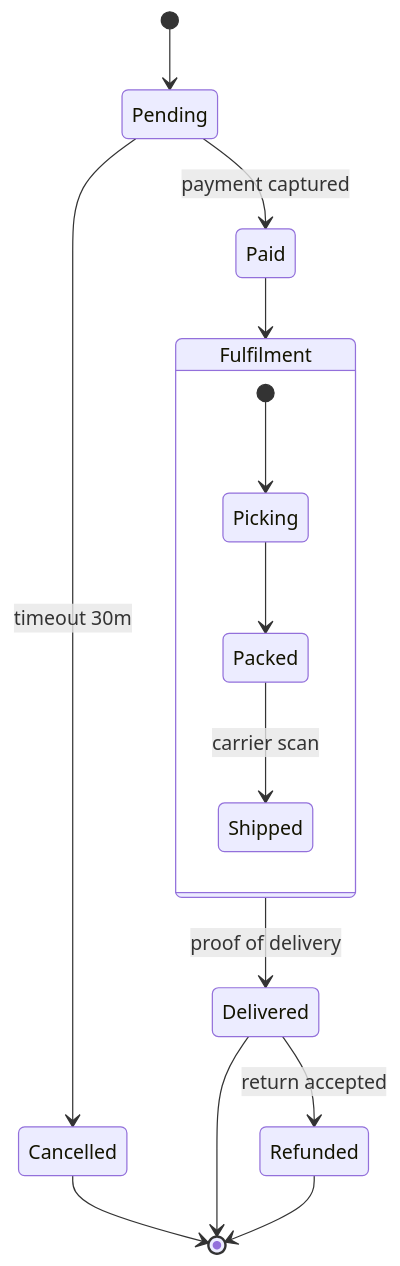
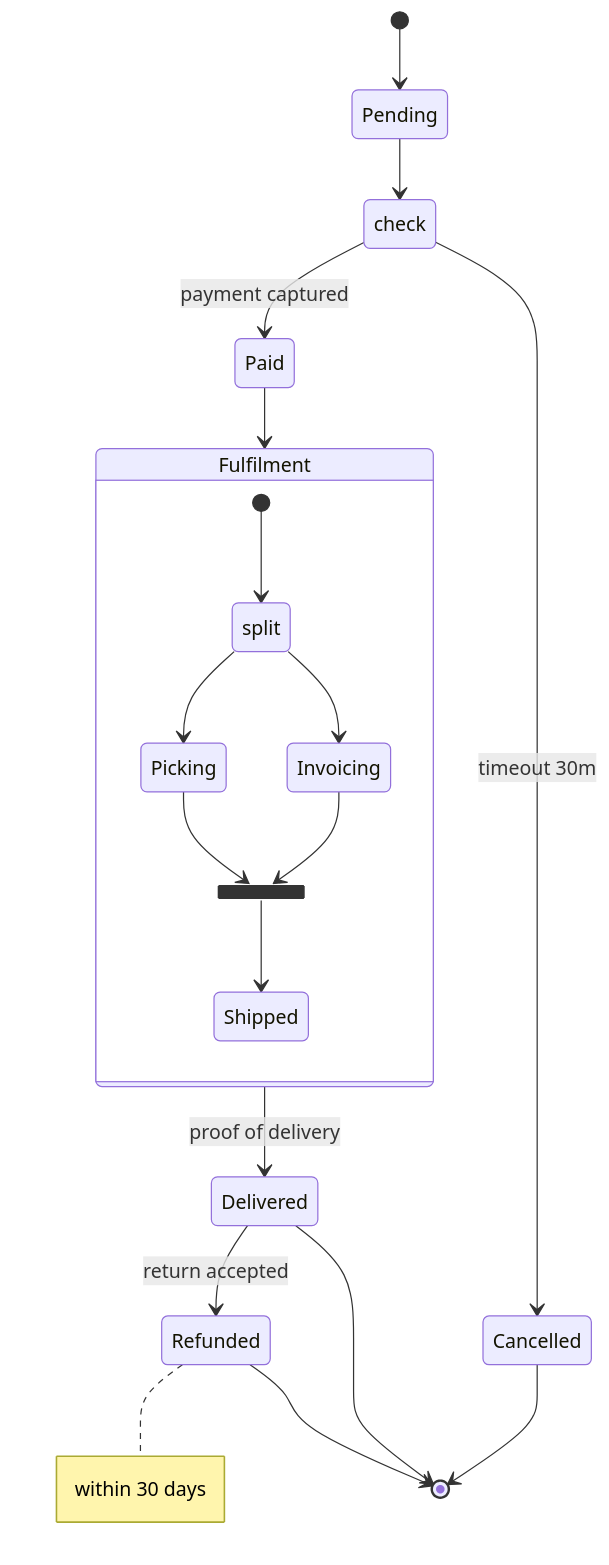
The diagram in examples/mermaid/order.state.mmd (grenaad/storyink), drawn with Mermaid before and after one commit. The commit also changed 32 other files, not shown here.

Commit message:
feat: mermaid rect/box/fork/join/choice/notes, sequence note placement, snapshot ffmpeg tile + orphan-proof kills, gallery; docs and schema

```diff
--- a/examples/mermaid/order.state.mmd
+++ b/examples/mermaid/order.state.mmd
@@ -1,16 +1,24 @@
 stateDiagram-v2
   direction TB
   [*] --> Pending
-  Pending --> Paid : payment captured
-  Pending --> Cancelled : timeout 30m
+  Pending --> check
+  state check <<choice>>
+  check --> Paid : payment captured
+  check --> Cancelled : timeout 30m
   state Fulfilment {
-    [*] --> Picking
-    Picking --> Packed
-    Packed --> Shipped : carrier scan
+    [*] --> split
+    state split <<fork>>
+    split --> Picking
+    split --> Invoicing
+    state merge <<join>>
+    Picking --> merge
+    Invoicing --> merge
+    merge --> Shipped
   }
   Paid --> Fulfilment
   Fulfilment --> Delivered : proof of delivery
   Delivered --> Refunded : return accepted
+  note right of Refunded : within 30 days
   Cancelled --> [*]
   Delivered --> [*]
   Refunded --> [*]
```
